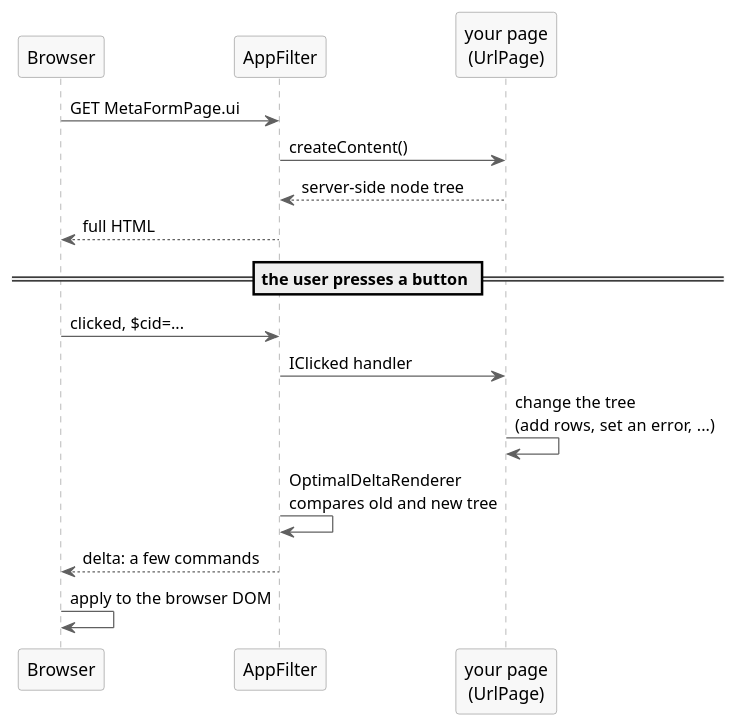
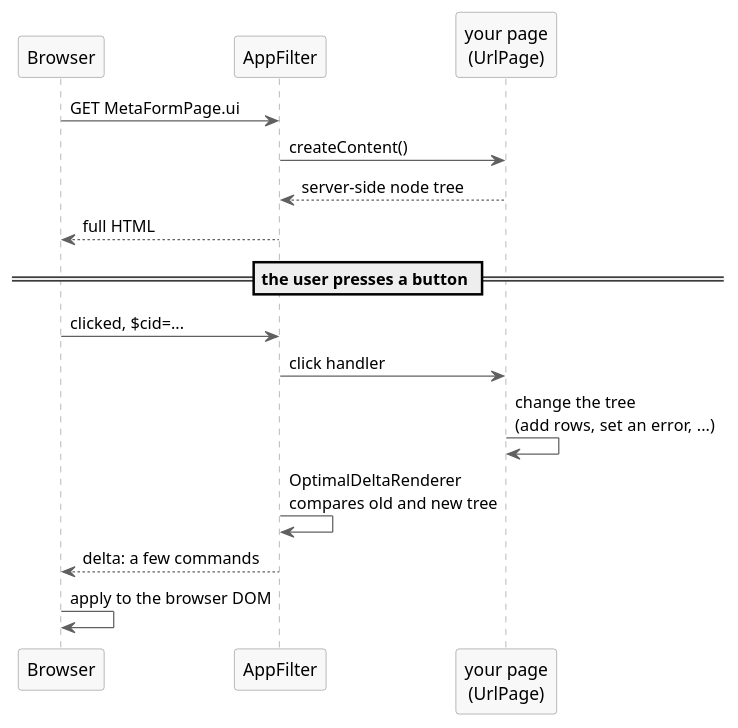
One commit to fjalvingh/domui.github.io changed the first of 2 diagrams in site/content/introduction/developer-view-of-domui/index.md. Above: the diagram before and after it, drawn with PlantUML. The commit also changed 35 other files, not shown here.

````diff
--- a/site/content/introduction/developer-view-of-domui/index.md
+++ b/site/content/introduction/developer-view-of-domui/index.md
@@ -34,28 +34,28 @@
 ```plantuml svg title="A page load and one round trip"
 @startuml
 skinparam shadowing false
 skinparam sequence {
   ArrowColor #606060
   LifeLineBorderColor #909090
   ParticipantBorderColor #909090
   ParticipantBackgroundColor #f8f8f8
 }
 participant Browser
 participant "AppFilter" as F
 participant "your page\n(UrlPage)" as P
 
 Browser -> F: GET MetaFormPage.ui
 F -> P: createContent()
 P --> F: server-side node tree
 F --> Browser: full HTML
 
 == the user presses a button ==
 
 Browser -> F: clicked, $cid=...
-F -> P: IClicked handler
+F -> P: click handler
 P -> P: change the tree\n(add rows, set an error, ...)
 F -> F: OptimalDeltaRenderer\ncompares old and new tree
 F --> Browser: delta: a few commands
 Browser -> Browser: apply to the browser DOM
 @enduml
 ```
````
